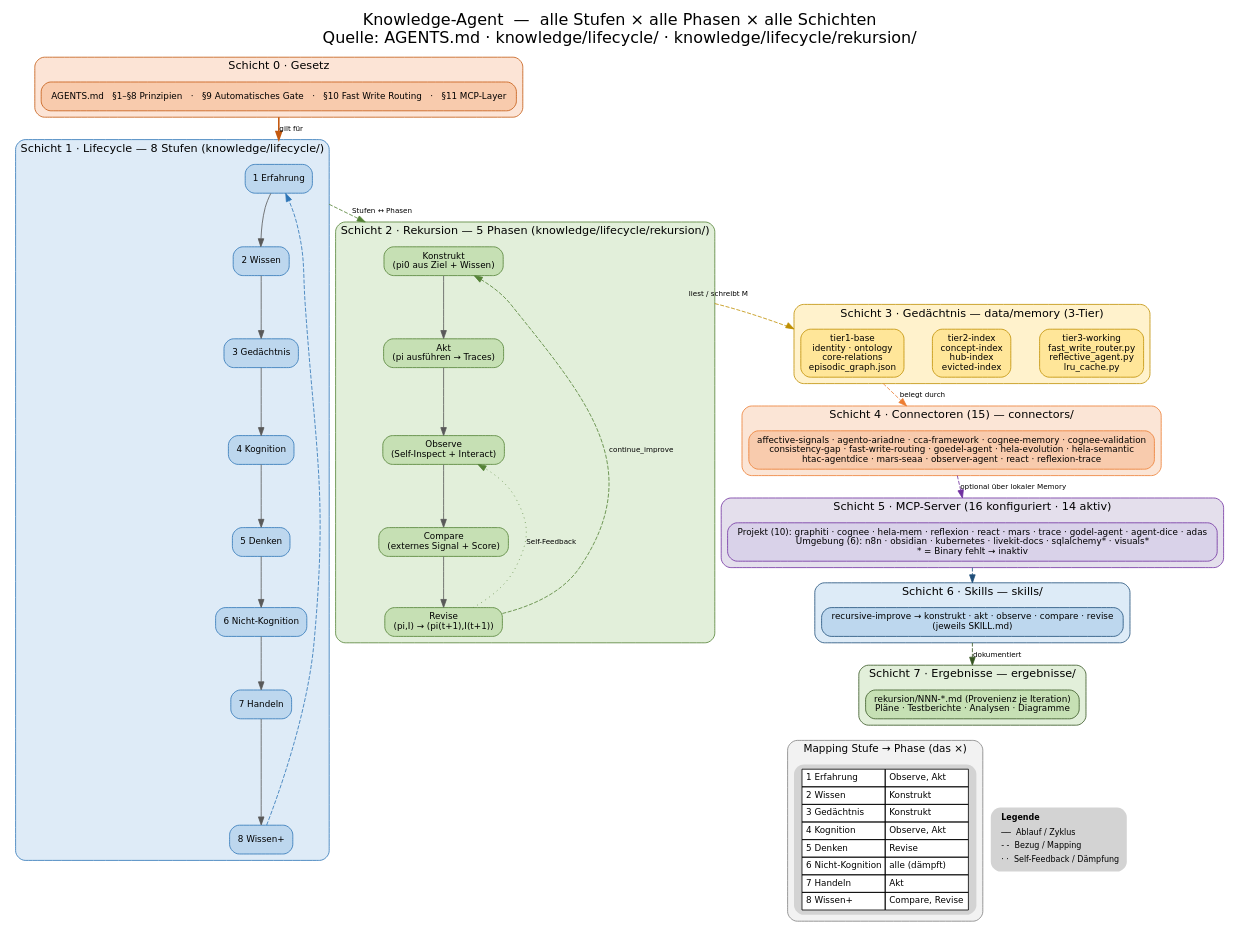
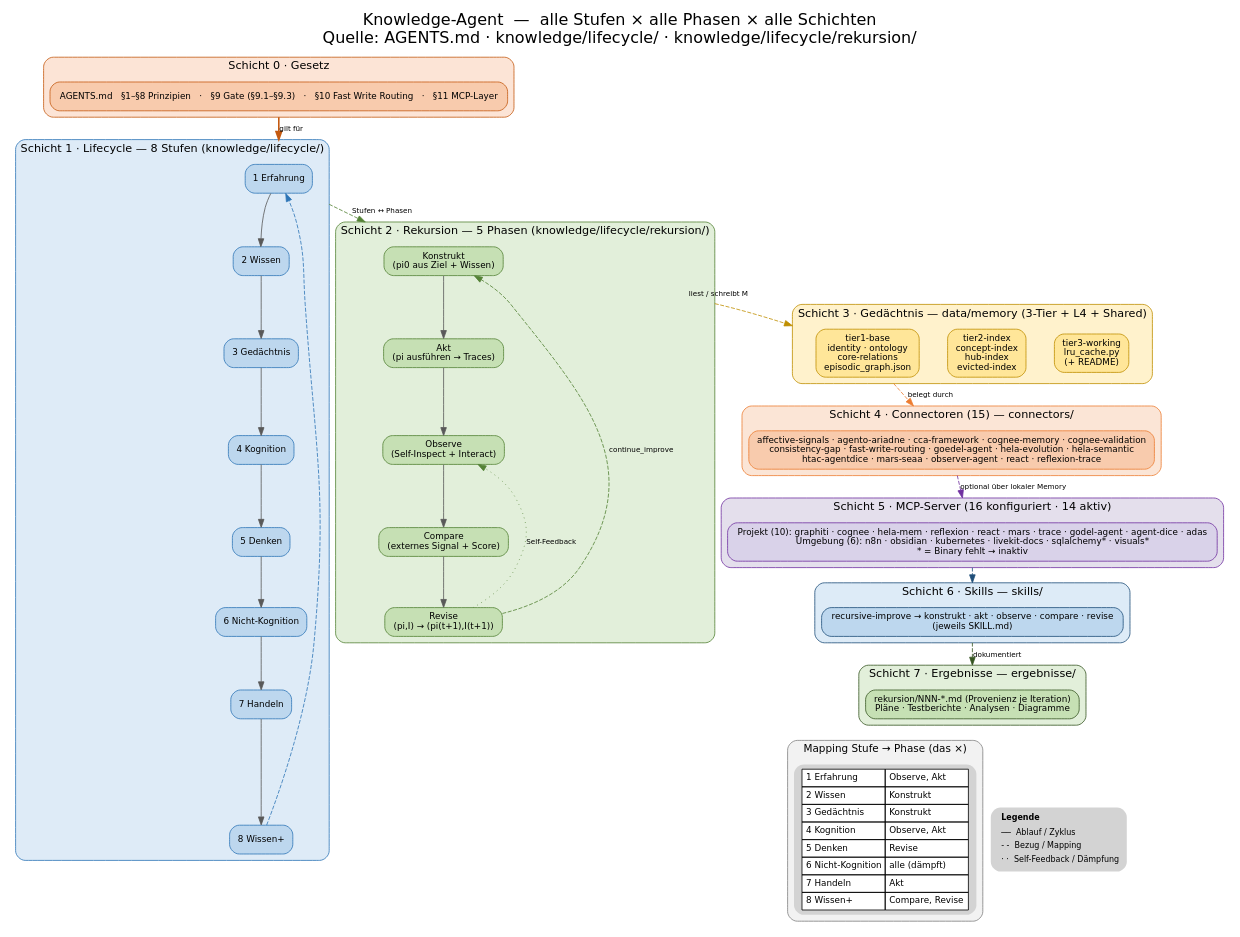
Before and after one commit to abatn/Ata3lm: the diagram in ergebnisse/knowledge-agent-diagramm.dot, drawn with Graphviz. The commit also changed 8 other files, not shown here.

```diff
--- a/ergebnisse/knowledge-agent-diagramm.dot
+++ b/ergebnisse/knowledge-agent-diagramm.dot
@@ -1,125 +1,125 @@
 digraph KnowledgeAgent {
   rankdir=TB;
   compound=true;
   bgcolor="white";
   fontname="DejaVu Sans";
   labelloc="t";
   fontsize=20;
   label="Knowledge-Agent  —  alle Stufen × alle Phasen × alle Schichten\nQuelle: AGENTS.md · knowledge/lifecycle/ · knowledge/lifecycle/rekursion/";
   node [shape=box, style="rounded,filled", fontname="DejaVu Sans", fontsize=11, margin="0.14,0.09"];
   edge [fontname="DejaVu Sans", fontsize=9, color="#595959"];
 
   // ================= Schicht 0 · Gesetz =================
   subgraph cluster_law {
     label="Schicht 0 · Gesetz";
     style="filled,rounded"; fillcolor="#FCE4D6"; color="#C55A11"; fontsize=14;
-    law [label="AGENTS.md   §1–§8 Prinzipien   ·   §9 Automatisches Gate   ·   §10 Fast Write Routing   ·   §11 MCP-Layer", fillcolor="#F8CBAD", color="#C55A11"];
+    law [label="AGENTS.md   §1–§8 Prinzipien   ·   §9 Gate (§9.1–§9.3)   ·   §10 Fast Write Routing   ·   §11 MCP-Layer", fillcolor="#F8CBAD", color="#C55A11"];
   }
 
   // ================= Schicht 1 · Lifecycle (8 Stufen) =================
   subgraph cluster_stufen {
     label="Schicht 1 · Lifecycle — 8 Stufen (knowledge/lifecycle/)";
     style="filled,rounded"; fillcolor="#DEEBF7"; color="#2E75B6"; fontsize=14;
     s1 [label="1 Erfahrung", fillcolor="#BDD7EE", color="#2E75B6"];
     s2 [label="2 Wissen", fillcolor="#BDD7EE", color="#2E75B6"];
     s3 [label="3 Gedächtnis", fillcolor="#BDD7EE", color="#2E75B6"];
     s4 [label="4 Kognition", fillcolor="#BDD7EE", color="#2E75B6"];
     s5 [label="5 Denken", fillcolor="#BDD7EE", color="#2E75B6"];
     s6 [label="6 Nicht-Kognition", fillcolor="#BDD7EE", color="#2E75B6"];
     s7 [label="7 Handeln", fillcolor="#BDD7EE", color="#2E75B6"];
     s8 [label="8 Wissen+", fillcolor="#BDD7EE", color="#2E75B6"];
     s1 -> s2 -> s3 -> s4 -> s5 -> s6 -> s7 -> s8;
     s8 -> s1 [constraint=false, style=dashed, color="#2E75B6"];
   }
 
   // ================= Schicht 2 · Rekursion (5 Phasen) =================
   subgraph cluster_phasen {
     label="Schicht 2 · Rekursion — 5 Phasen (knowledge/lifecycle/rekursion/)";
     style="filled,rounded"; fillcolor="#E2EFDA"; color="#548235"; fontsize=14;
     p1 [label="Konstrukt\n(pi0 aus Ziel + Wissen)", fillcolor="#C6E0B4", color="#548235"];
     p2 [label="Akt\n(pi ausführen → Traces)", fillcolor="#C6E0B4", color="#548235"];
     p3 [label="Observe\n(Self-Inspect + Interact)", fillcolor="#C6E0B4", color="#548235"];
     p4 [label="Compare\n(externes Signal + Score)", fillcolor="#C6E0B4", color="#548235"];
     p5 [label="Revise\n(pi,I) → (pi(t+1),I(t+1))", fillcolor="#C6E0B4", color="#548235"];
     p1 -> p2 -> p3 -> p4 -> p5;
     p5 -> p1 [constraint=false, style=dashed, color="#548235", label="continue_improve"];
     p5 -> p3 [constraint=false, style=dotted, color="#548235", label="Self-Feedback"];
   }
 
   // ================= Schicht 3 · Gedächtnis (3-Tier) =================
   subgraph cluster_mem {
-    label="Schicht 3 · Gedächtnis — data/memory (3-Tier)";
+    label="Schicht 3 · Gedächtnis — data/memory (3-Tier + L4 + Shared)";
     style="filled,rounded"; fillcolor="#FFF2CC"; color="#BF8F00"; fontsize=14;
     {rank=same; m1; m2; m3;}
     m1 [label="tier1-base\nidentity · ontology\ncore-relations\nepisodic_graph.json", fillcolor="#FFE699", color="#BF8F00"];
     m2 [label="tier2-index\nconcept-index\nhub-index\nevicted-index", fillcolor="#FFE699", color="#BF8F00"];
-    m3 [label="tier3-working\nfast_write_router.py\nreflective_agent.py\nlru_cache.py", fillcolor="#FFE699", color="#BF8F00"];
+    m3 [label="tier3-working\nlru_cache.py\n(+ README)", fillcolor="#FFE699", color="#BF8F00"];
     m1 -> m2 -> m3 [style=invis];
   }
 
   // ================= Schicht 4 · Connectoren =================
   subgraph cluster_conn {
     label="Schicht 4 · Connectoren (15) — connectors/";
     style="filled,rounded"; fillcolor="#FBE5D6"; color="#ED7D31"; fontsize=14;
     conn [label="affective-signals · agento-ariadne · cca-framework · cognee-memory · cognee-validation\nconsistency-gap · fast-write-routing · goedel-agent · hela-evolution · hela-semantic\nhtac-agentdice · mars-seaa · observer-agent · react · reflexion-trace", fillcolor="#F8CBAD", color="#ED7D31"];
   }
 
   // ================= Schicht 5 · MCP =================
   subgraph cluster_mcp {
     label="Schicht 5 · MCP-Server (16 konfiguriert · 14 aktiv)";
     style="filled,rounded"; fillcolor="#E4DFEC"; color="#7030A0"; fontsize=14;
     mcp [label="Projekt (10): graphiti · cognee · hela-mem · reflexion · react · mars · trace · godel-agent · agent-dice · adas\nUmgebung (6): n8n · obsidian · kubernetes · livekit-docs · sqlalchemy* · visuals*\n* = Binary fehlt → inaktiv", fillcolor="#D9D2E9", color="#7030A0"];
   }
 
   // ================= Schicht 6 · Skills =================
   subgraph cluster_skills {
     label="Schicht 6 · Skills — skills/";
     style="filled,rounded"; fillcolor="#DDEBF7"; color="#1F4E79"; fontsize=14;
     sk [label="recursive-improve → konstrukt · akt · observe · compare · revise\n(jeweils SKILL.md)", fillcolor="#BDD7EE", color="#1F4E79"];
   }
 
   // ================= Schicht 7 · Ergebnisse =================
   subgraph cluster_res {
     label="Schicht 7 · Ergebnisse — ergebnisse/";
     style="filled,rounded"; fillcolor="#E2EFDA"; color="#375623"; fontsize=14;
     res [label="rekursion/NNN-*.md (Provenienz je Iteration)\nPläne · Testberichte · Analysen · Diagramme", fillcolor="#C6E0B4", color="#375623"];
   }
 
   // ================= Schicht-Spine (von oben nach unten) =================
   law -> s1 [ltail=cluster_law, lhead=cluster_stufen, style=bold, color="#C55A11", label="gilt für"];
   s1 -> p1 [ltail=cluster_stufen, lhead=cluster_phasen, style=dashed, color="#548235", label="Stufen ↔ Phasen"];
   p1 -> m1 [ltail=cluster_phasen, lhead=cluster_mem, style=dashed, color="#BF8F00", label="liest / schreibt M"];
   m1 -> conn [ltail=cluster_mem, lhead=cluster_conn, style=dashed, color="#ED7D31", label="belegt durch"];
   conn -> mcp [ltail=cluster_conn, lhead=cluster_mcp, style=dashed, color="#7030A0", label="optional über lokaler Memory"];
   mcp -> sk [ltail=cluster_mcp, lhead=cluster_skills, style=dashed, color="#1F4E79"];
   sk -> res [ltail=cluster_skills, lhead=cluster_res, style=dashed, color="#375623", label="dokumentiert"];
 
   // ================= Mapping-Tabelle (das "×") =================
   subgraph cluster_map {
     label="Mapping Stufe → Phase (das ×)";
     style="filled,rounded"; fillcolor="#F2F2F2"; color="#808080"; fontsize=13;
     map [shape=plaintext, fontsize=11, label=<
       <TABLE BORDER="0" CELLBORDER="1" CELLSPACING="0" CELLPADDING="4" BGCOLOR="#FFFFFF">
         <TR><TD ALIGN="LEFT">1 Erfahrung</TD><TD ALIGN="LEFT">Observe, Akt</TD></TR>
         <TR><TD ALIGN="LEFT">2 Wissen</TD><TD ALIGN="LEFT">Konstrukt</TD></TR>
         <TR><TD ALIGN="LEFT">3 Gedächtnis</TD><TD ALIGN="LEFT">Konstrukt</TD></TR>
         <TR><TD ALIGN="LEFT">4 Kognition</TD><TD ALIGN="LEFT">Observe, Akt</TD></TR>
         <TR><TD ALIGN="LEFT">5 Denken</TD><TD ALIGN="LEFT">Revise</TD></TR>
         <TR><TD ALIGN="LEFT">6 Nicht-Kognition</TD><TD ALIGN="LEFT">alle (dämpft)</TD></TR>
         <TR><TD ALIGN="LEFT">7 Handeln</TD><TD ALIGN="LEFT">Akt</TD></TR>
         <TR><TD ALIGN="LEFT">8 Wissen+</TD><TD ALIGN="LEFT">Compare, Revise</TD></TR>
       </TABLE>>];
   }
 
   // ================= Legende =================
   legend [shape=plaintext, fontsize=10, label=<
     <TABLE BORDER="0" CELLBORDER="0" CELLSPACING="0" CELLPADDING="3">
       <TR><TD ALIGN="LEFT"><B>Legende</B></TD></TR>
       <TR><TD ALIGN="LEFT">──  Ablauf / Zyklus</TD></TR>
       <TR><TD ALIGN="LEFT">- -  Bezug / Mapping</TD></TR>
       <TR><TD ALIGN="LEFT">· ·  Self-Feedback / Dämpfung</TD></TR>
     </TABLE>>];
 
   res -> map [style=invis];
   res -> legend [style=invis];
 }
```
